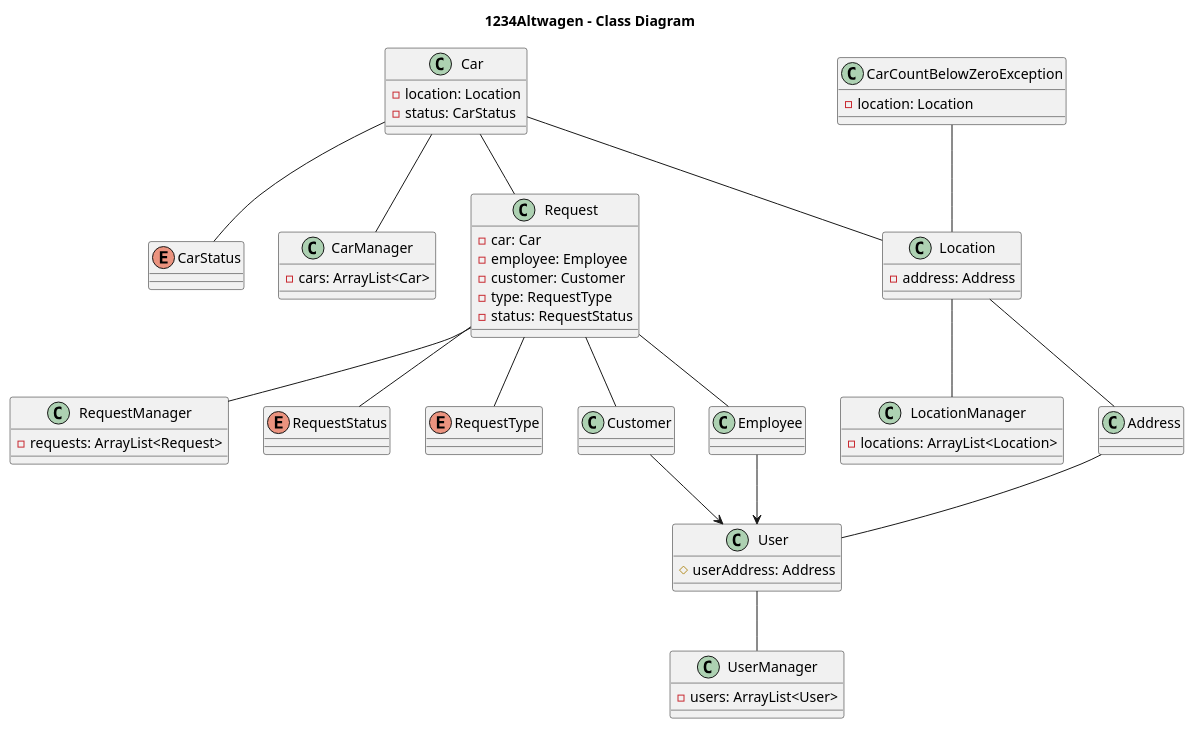
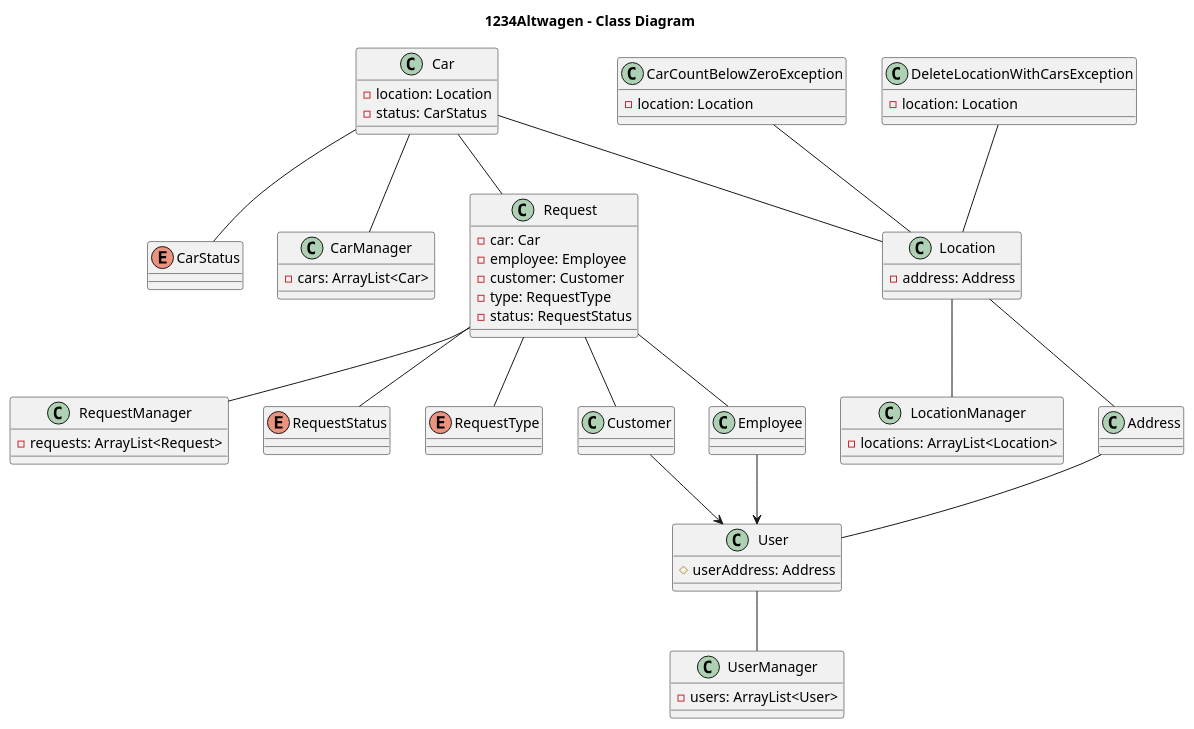
One commit to fh-erfurt/1234Altwagen changed the diagram in readmeFiles/klassendiagramm.iuml. Above: the diagram before and after it, drawn with PlantUML. The commit also changed 7 other files, not shown here.

Commit message:
fixed UML Diagrams

```diff
--- a/readmeFiles/klassendiagramm.iuml
+++ b/readmeFiles/klassendiagramm.iuml
@@ -1,81 +1,86 @@
 @startuml
 title 1234Altwagen - Class Diagram
 
 
 class CarManager {
     -cars: ArrayList<Car>
 }
 
 class Car {
     -location: Location
     -status: CarStatus
 }
 
 enum CarStatus {
 }
 
 class Address {
 }
 
 class Location {
     -address: Address
 }
 
 class LocationManager {
     -locations: ArrayList<Location>
 }
 
 class Request {
     -car: Car
     -employee: Employee
     -customer: Customer
     -type: RequestType
     -status: RequestStatus
 }
 
 class RequestManager {
     -requests: ArrayList<Request>
 }
 
 enum RequestStatus {
 }
 
 enum RequestType {
 }
 
 class Customer {
 }
 
 class Employee {
 }
 
 class User {
     #userAddress: Address
 }
 
 class UserManager {
     -users: ArrayList<User>
 }
 
 class CarCountBelowZeroException {
     -location: Location
 }
 
+class DeleteLocationWithCarsException {
+    -location: Location
+}
+
 Customer --> User
 Employee --> User
 
 Car -- CarManager
 Request -- RequestManager
 User -- UserManager
 Address -- User
 Location -- Address
 Location -- LocationManager
 Car -- Location
 Car -- CarStatus
 Car -- Request
 Request -- Customer
 Request -- Employee
 Request -- RequestStatus
 Request -- RequestType
 CarCountBelowZeroException -- Location
+DeleteLocationWithCarsException -- Location
 @enduml
```
